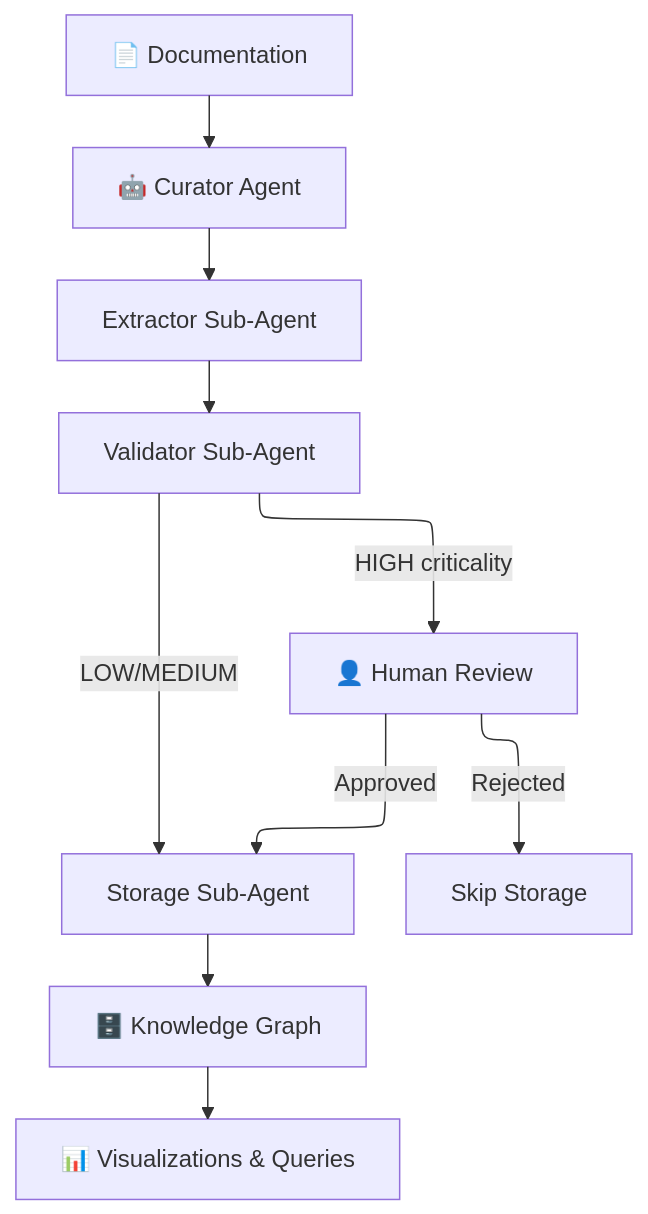
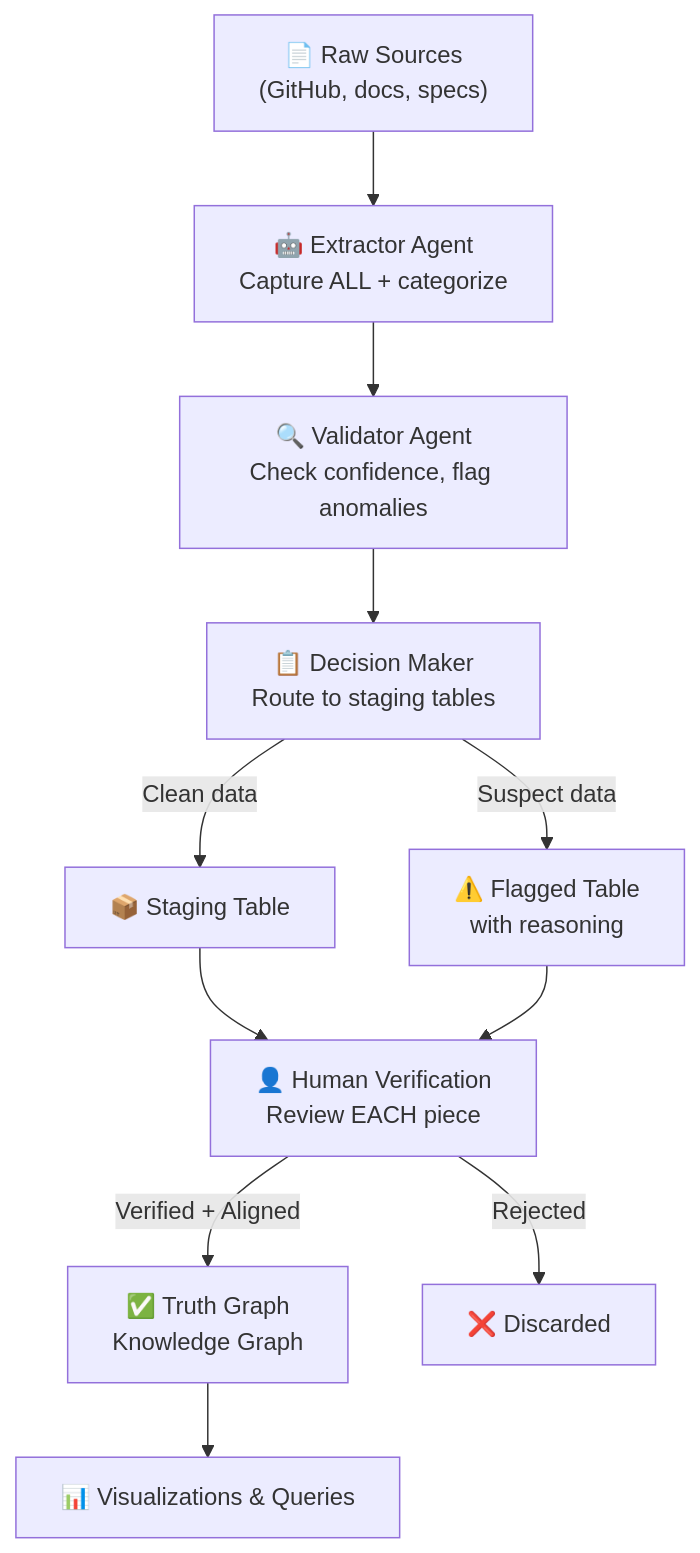
Before and after one commit to Lizo-RoadTown/PROVES_LIBRARY: the first of 3 diagrams in README.md, drawn with Mermaid. The commit also changed other lines of this file and 10 other files, not shown here.

First line of the commit message:
SWEEP: Truth Layer model - capture ALL, humans verify EVERY piece

````diff
--- a/README.md
+++ b/README.md
@@ -145,12 +150,13 @@
 ```mermaid
-flowchart-elk TD
-  A[📄 Documentation] --> B[🤖 Curator Agent]
-  B --> C[Extractor Sub-Agent]
-  C --> D[Validator Sub-Agent]
-  D -->|LOW/MEDIUM| E[Storage Sub-Agent]
-  D -->|HIGH criticality| F[👤 Human Review]
-  F -->|Approved| E
-  F -->|Rejected| G[Skip Storage]
-  E --> H[🗄️ Knowledge Graph]
-  H --> I[📊 Visualizations & Queries]
+flowchart TD
+  A["📄 Raw Sources<br/>(GitHub, docs, specs)"] --> B["🤖 Extractor Agent<br/>Capture ALL + categorize"]
+  B --> C["🔍 Validator Agent<br/>Check confidence, flag anomalies"]
+  C --> D["📋 Decision Maker<br/>Route to staging tables"]
+  D -->|Clean data| E["📦 Staging Table"]
+  D -->|Suspect data| F["⚠️ Flagged Table<br/>with reasoning"]
+  E --> G["👤 Human Verification<br/>Review EACH piece"]
+  F --> G
+  G -->|Verified + Aligned| H["✅ Truth Graph<br/>Knowledge Graph"]
+  G -->|Rejected| I["❌ Discarded"]
+  H --> J["📊 Visualizations & Queries"]
 ```
````
